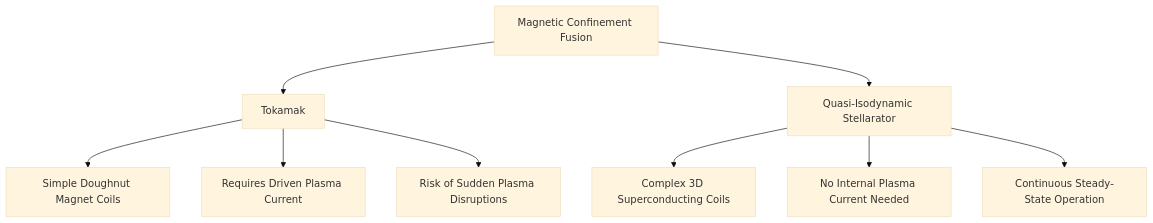
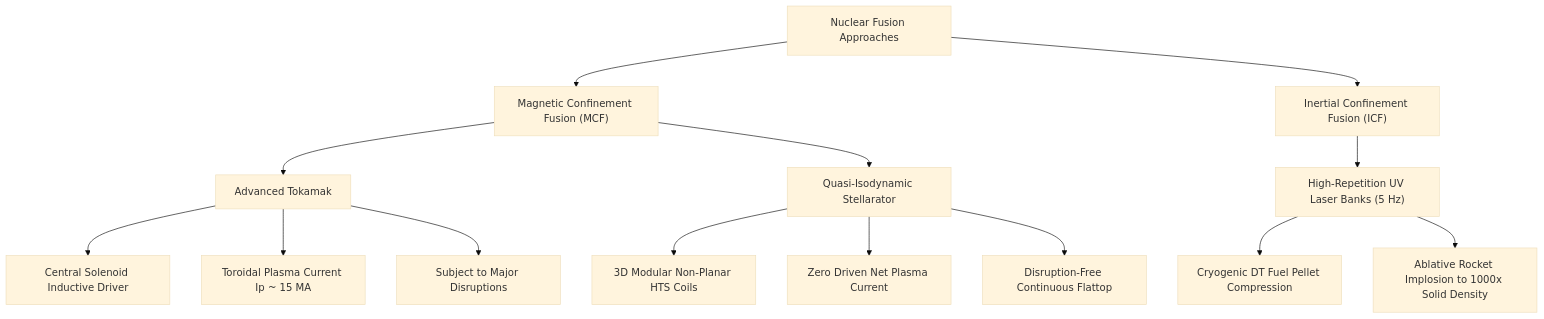
Before and after one commit to skhy-ai/tami-cama: the first of 6 diagrams in TUTORIAL.md, drawn with Mermaid (base theme). The commit also changed other lines of this file and 4 other files, not shown here.

````diff
--- a/TUTORIAL.md
+++ b/TUTORIAL.md
@@ -59,13 +54,20 @@
 ```mermaid
 graph TD
-    A["Magnetic Confinement Fusion"] --> B["Tokamak"]
-    A --> C["Quasi-Isodynamic Stellarator"]
+    A["Nuclear Fusion Approaches"] --> B["Magnetic Confinement Fusion (MCF)"]
+    A --> C["Inertial Confinement Fusion (ICF)"]
     
-    B --> B1["Simple Doughnut Magnet Coils"]
-    B --> B2["Requires Driven Plasma Current"]
-    B --> B3["Risk of Sudden Plasma Disruptions"]
+    B --> B1["Advanced Tokamak"]
+    B --> B2["Quasi-Isodynamic Stellarator"]
     
-    C --> C1["Complex 3D Superconducting Coils"]
-    C --> C2["No Internal Plasma Current Needed"]
-    C --> C3["Continuous Steady-State Operation"]
+    B1 --> T1["Central Solenoid Inductive Driver"]
+    B1 --> T2["Toroidal Plasma Current Ip ~ 15 MA"]
+    B1 --> T3["Subject to Major Disruptions"]
+    
+    B2 --> S1["3D Modular Non-Planar HTS Coils"]
+    B2 --> S2["Zero Driven Net Plasma Current"]
+    B2 --> S3["Disruption-Free Continuous Flattop"]
+    
+    C --> I1["High-Repetition UV Laser Banks (5 Hz)"]
+    I1 --> I2["Cryogenic DT Fuel Pellet Compression"]
+    I1 --> I3["Ablative Rocket Implosion to 1000x Solid Density"]
 ```
````
